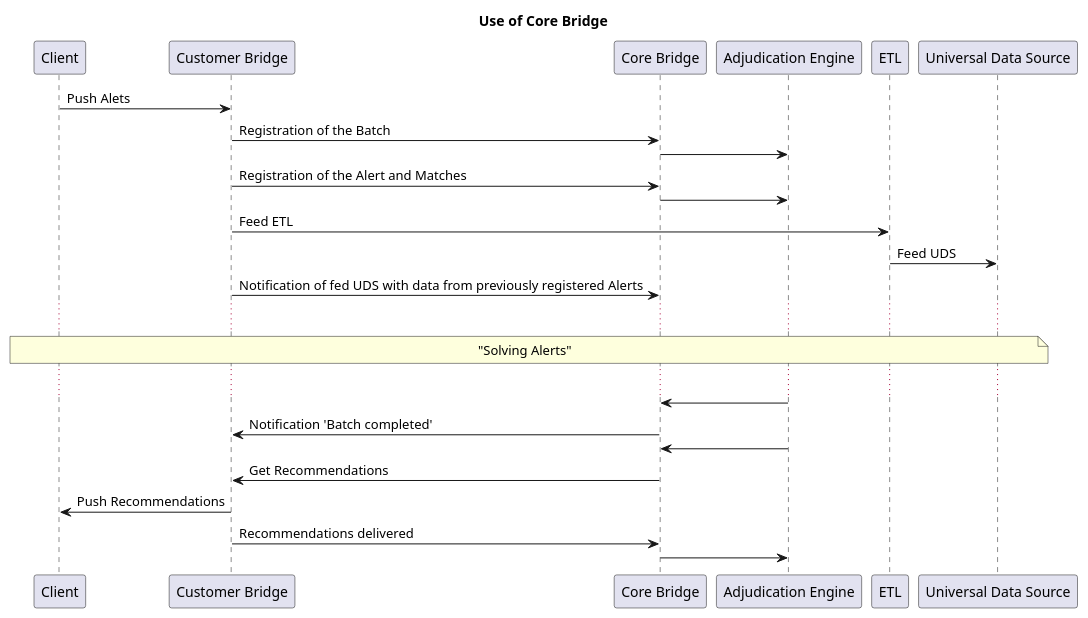
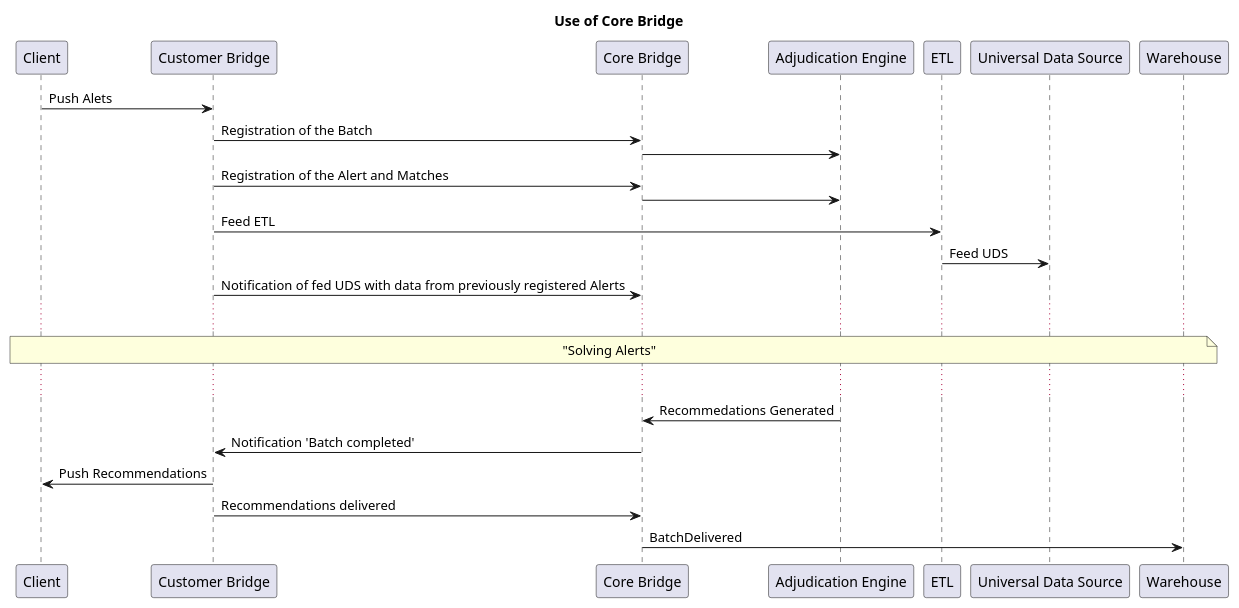
One commit to ngraczykowski/iris-root changed the diagram in modules/core-bridge/docs/core-bridge-communication.adoc. Above: the diagram before and after it, drawn with PlantUML. The commit also changed 53 other files, not shown here.

```diff
--- a/modules/core-bridge/docs/core-bridge-communication.adoc
+++ b/modules/core-bridge/docs/core-bridge-communication.adoc
@@ -1,35 +1,34 @@
 [plantuml,importing-steps,svg]
 -----
 @startuml
 title Use of Core Bridge
 
 participant "Client" as cl
 participant "Customer Bridge" as cu
 participant "Core Bridge" as co
 participant "Adjudication Engine" as ae
 participant "ETL" as etl
 participant "Universal Data Source" as uds
+participant "Warehouse" as warehouse
 
 cl-> cu: Push Alets
 
 cu-> co: Registration of the Batch
 co -> ae:
 cu-> co: Registration of the Alert and Matches
 co -> ae:
 cu -> etl: Feed ETL
 etl -> uds: Feed UDS
 cu-> co: Notification of fed UDS with data from previously registered Alerts
 
 ...
 note across: "Solving Alerts"
 ...
 
-ae -> co:
+ae -> co: Recommedations Generated
 co-> cu: Notification 'Batch completed'
-ae -> co:
-co-> cu: Get Recommendations
 cl <- cu: Push Recommendations
 cu-> co: Recommendations delivered
-ae <- co:
+co-> warehouse: BatchDelivered
 @enduml
 -----
```
